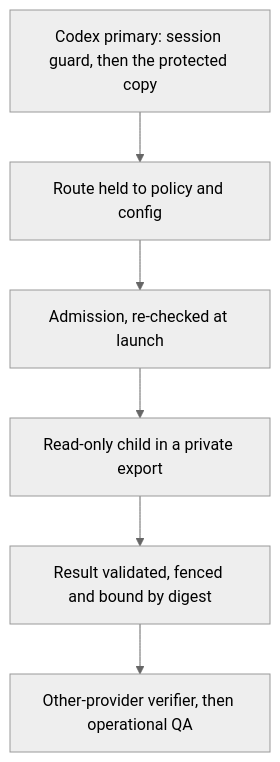
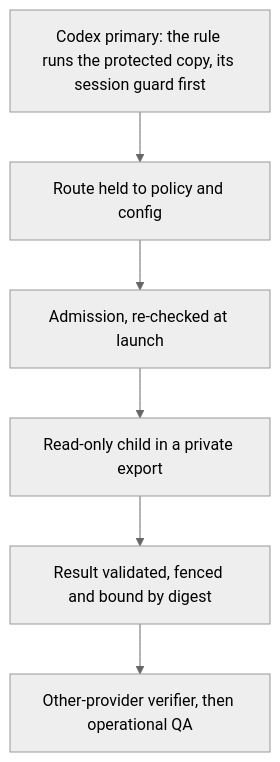
The third of 4 diagrams in README.md (Lyderies/codex-claude-agent-orchestration), drawn with Mermaid (neutral theme) before and after one commit. The commit also changed other lines of this file and 7 other files, not shown here.

````diff
--- a/README.md
+++ b/README.md
@@ -99,8 +99,8 @@
 ```mermaid
 flowchart TB
-    G["Codex primary: session guard, then the protected copy"] --> R["Route held to policy and config"]
+    G["Codex primary: the rule runs the protected copy, its session guard first"] --> R["Route held to policy and config"]
     R --> A["Admission, re-checked at launch"]
     A --> C["Read-only child in a private export"]
     C --> D["Result validated, fenced and bound by digest"]
     D --> V["Other-provider verifier, then operational QA"]
 ```
````
